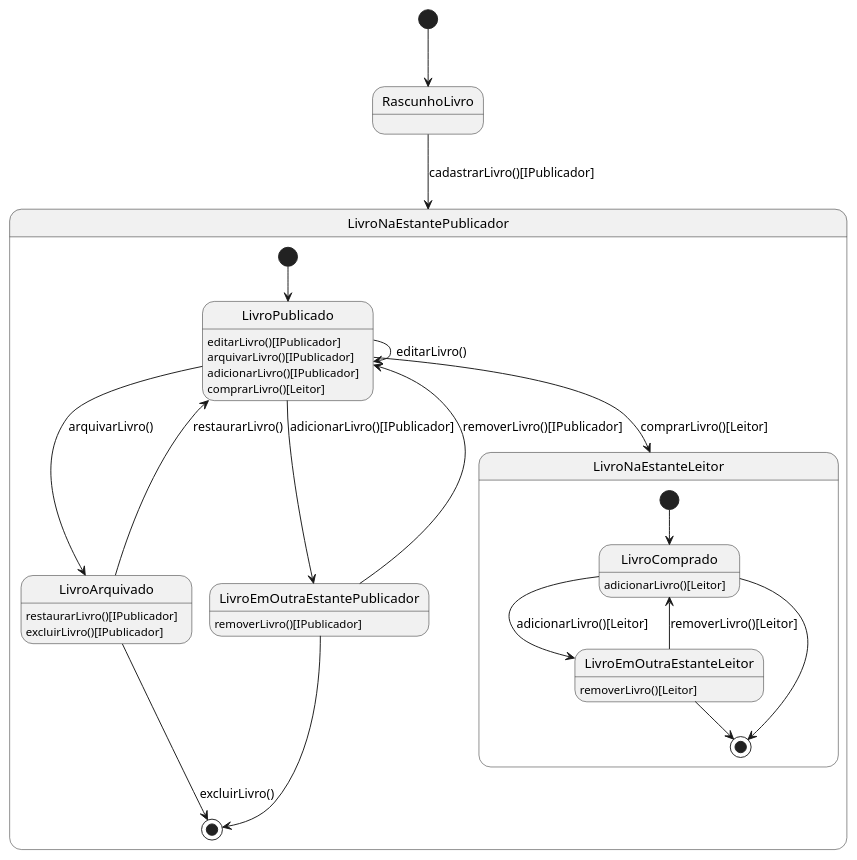
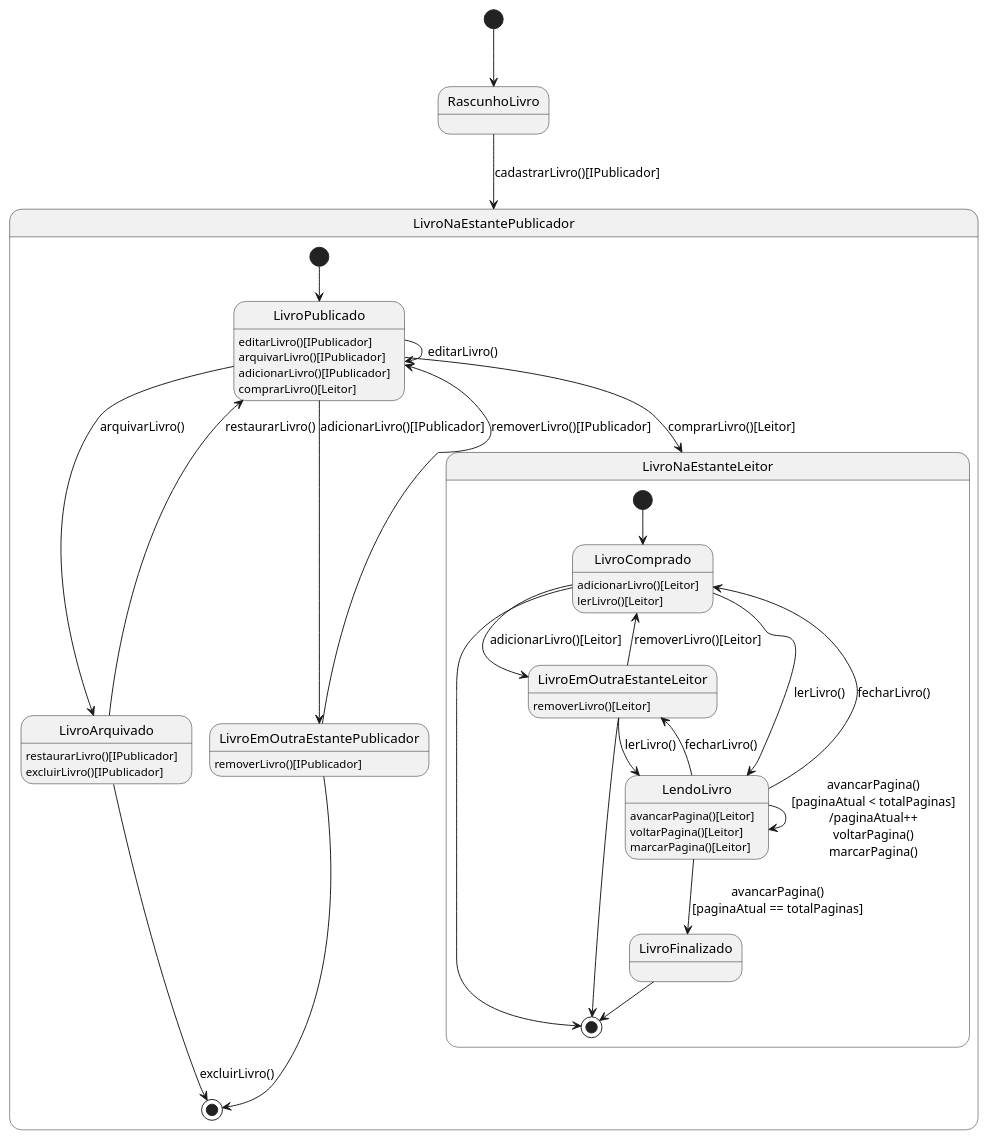
One commit to jalv21/iLib changed the diagram in docs/codigo-plantuml/diagramas-estados/dte-livro.puml. Above: the diagram before and after it, drawn with PlantUML.

Commit message:
docs/criando DTE para Livro

```diff
--- a/docs/codigo-plantuml/diagramas-estados/dte-livro.puml
+++ b/docs/codigo-plantuml/diagramas-estados/dte-livro.puml
@@ -1,46 +1,63 @@
 @startuml dte-livro
 skinparam style strictuml
 
 [*] --> RascunhoLivro
 RascunhoLivro --> LivroNaEstantePublicador : cadastrarLivro()[IPublicador]
 
 state LivroNaEstantePublicador {
     [*] --> LivroPublicado
 
     LivroPublicado : editarLivro()[IPublicador]
     LivroPublicado : arquivarLivro()[IPublicador]
     LivroPublicado : adicionarLivro()[IPublicador]
     LivroPublicado : comprarLivro()[Leitor]
 
     LivroPublicado --> LivroPublicado : editarLivro()
 
     LivroPublicado --> LivroArquivado : arquivarLivro()
     LivroArquivado : restaurarLivro()[IPublicador]
     LivroArquivado : excluirLivro()[IPublicador]
 
     LivroArquivado --> LivroPublicado : restaurarLivro()
 
     LivroArquivado --> [*] : excluirLivro()
 
     LivroPublicado --> LivroEmOutraEstantePublicador : adicionarLivro()[IPublicador]
     LivroEmOutraEstantePublicador --> LivroPublicado : removerLivro()[IPublicador]
     LivroEmOutraEstantePublicador : removerLivro()[IPublicador]
 
     LivroEmOutraEstantePublicador --> [*]
 
     LivroPublicado --> LivroNaEstanteLeitor : comprarLivro()[Leitor]
     
     state LivroNaEstanteLeitor {
         [*] --> LivroComprado
+        
         LivroComprado : adicionarLivro()[Leitor]
+        LivroComprado : lerLivro()[Leitor]
 
         LivroComprado --> LivroEmOutraEstanteLeitor : adicionarLivro()[Leitor]
         LivroEmOutraEstanteLeitor --> LivroComprado : removerLivro()[Leitor]
 
         LivroEmOutraEstanteLeitor : removerLivro()[Leitor]
         LivroComprado --> [*]
         LivroEmOutraEstanteLeitor --> [*]
+
+        LivroComprado --> LendoLivro : lerLivro()
+        LivroEmOutraEstanteLeitor --> LendoLivro : lerLivro()
+
+        LendoLivro : avancarPagina()[Leitor]
+        LendoLivro : voltarPagina()[Leitor]
+        LendoLivro : marcarPagina()[Leitor]
+
+        LendoLivro --> LendoLivro : avancarPagina()\n[paginaAtual < totalPaginas]\n/paginaAtual++\nvoltarPagina()\nmarcarPagina()
+
+        LendoLivro --> LivroFinalizado : avancarPagina()\n[paginaAtual == totalPaginas]
+        LendoLivro --> LivroEmOutraEstanteLeitor : fecharLivro()
+        LendoLivro --> LivroComprado : fecharLivro()
+
+        LivroFinalizado --> [*]
     }
 }
 
 @enduml
```
